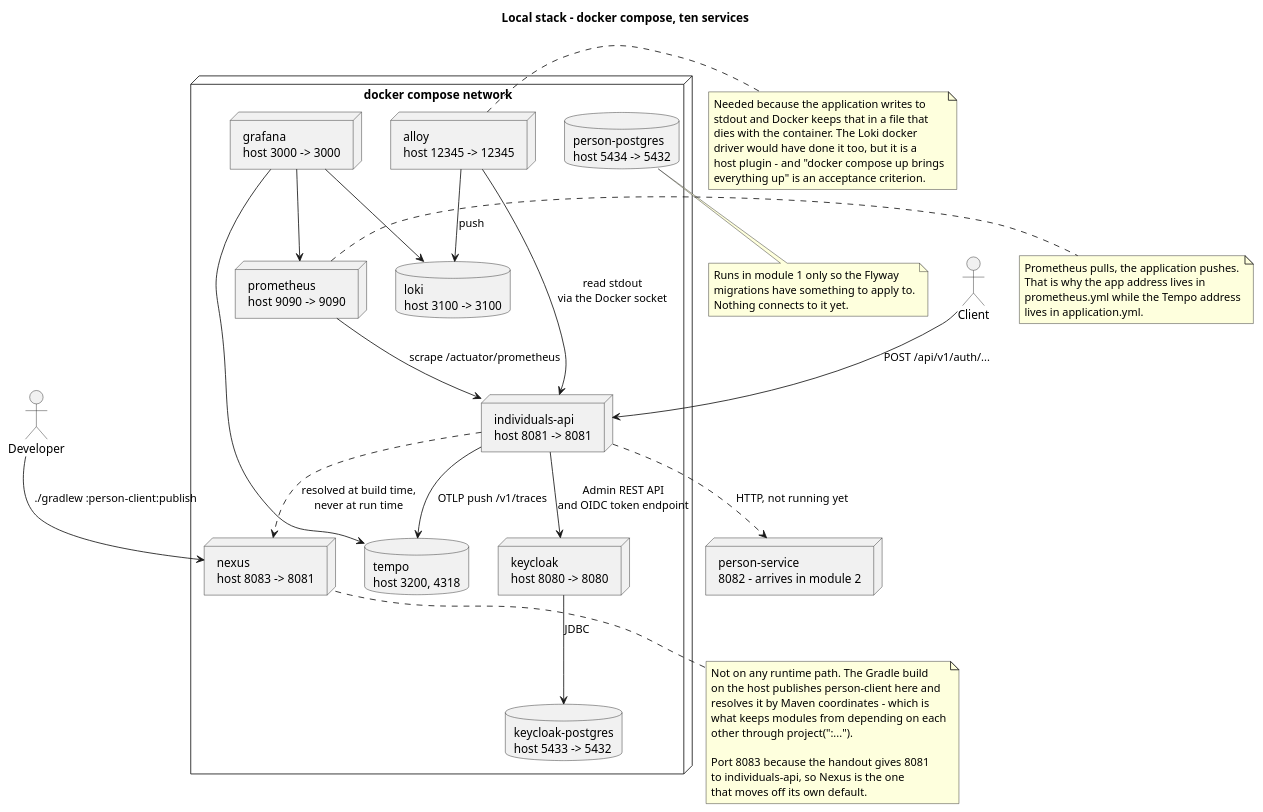
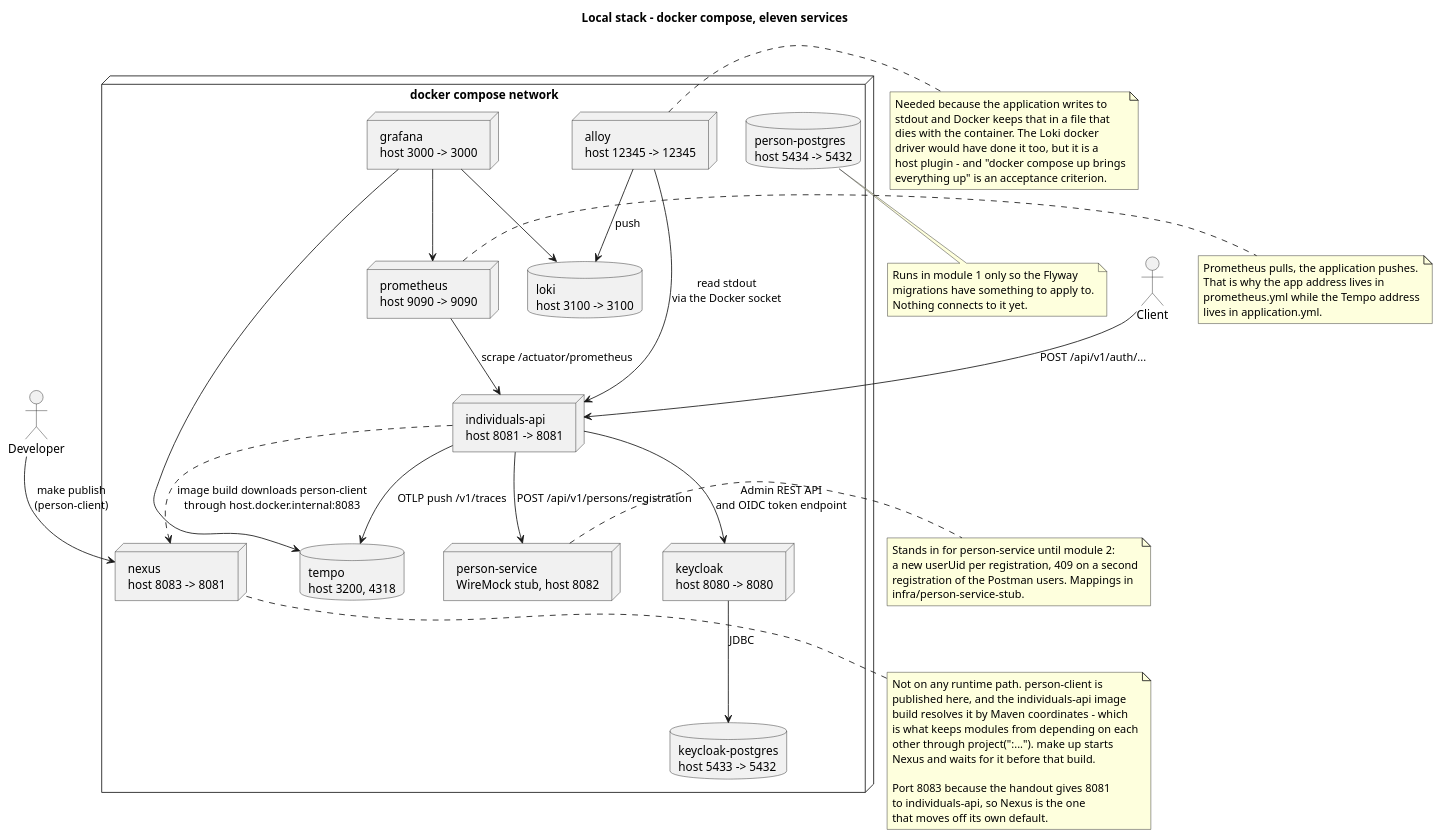
One commit to dezxxx/payment-platform changed the diagram in docs/puml-diagrams/deployment.puml. Above: the diagram before and after it, drawn with PlantUML. The commit also changed 91 other files, not shown here.

First line of the commit message:
refactor: follow the teacher's component diagram and build inside Docker

```diff
--- a/docs/puml-diagrams/deployment.puml
+++ b/docs/puml-diagrams/deployment.puml
@@ -1,75 +1,82 @@
 @startuml deployment
-title Local stack - docker compose, ten services
+title Local stack - docker compose, eleven services
 
 skinparam shadowing false
 
 actor Client
 actor Developer
 
 node "docker compose network" {
   node "individuals-api\nhost 8081 -> 8081" as API
   node "keycloak\nhost 8080 -> 8080" as KC
   database "keycloak-postgres\nhost 5433 -> 5432" as KCDB
   database "person-postgres\nhost 5434 -> 5432" as PSDB
   node "nexus\nhost 8083 -> 8081" as NEXUS
+  node "person-service\nWireMock stub, host 8082" as PS
   node "prometheus\nhost 9090 -> 9090" as PROM
   node "alloy\nhost 12345 -> 12345" as ALLOY
   database "loki\nhost 3100 -> 3100" as LOKI
   database "tempo\nhost 3200, 4318" as TEMPO
   node "grafana\nhost 3000 -> 3000" as GRAF
 }
 
-node "person-service\n8082 - arrives in module 2" as PS
-
 Client --> API : POST /api/v1/auth/...
 API --> KC : Admin REST API\nand OIDC token endpoint
-API ..> PS : HTTP, not running yet
+API --> PS : POST /api/v1/persons/registration
 KC --> KCDB : JDBC
 
 PROM --> API : scrape /actuator/prometheus
 ALLOY --> API : read stdout\nvia the Docker socket
 ALLOY --> LOKI : push
 API --> TEMPO : OTLP push /v1/traces
 
 GRAF --> PROM
 GRAF --> LOKI
 GRAF --> TEMPO
 
-Developer --> NEXUS : ./gradlew :person-client:publish
-API ..> NEXUS : resolved at build time,\nnever at run time
+Developer --> NEXUS : make publish\n(person-client)
+API ..> NEXUS : image build downloads person-client\nthrough host.docker.internal:8083
 
 note right of PROM
   Prometheus pulls, the application pushes.
   That is why the app address lives in
   prometheus.yml while the Tempo address
   lives in application.yml.
 end note
 
 note bottom of NEXUS
-  Not on any runtime path. The Gradle build
-  on the host publishes person-client here and
-  resolves it by Maven coordinates - which is
-  what keeps modules from depending on each
-  other through project(":...").
+  Not on any runtime path. person-client is
+  published here, and the individuals-api image
+  build resolves it by Maven coordinates - which
+  is what keeps modules from depending on each
+  other through project(":..."). make up starts
+  Nexus and waits for it before that build.
 
   Port 8083 because the handout gives 8081
   to individuals-api, so Nexus is the one
   that moves off its own default.
+end note
+
+note right of PS
+  Stands in for person-service until module 2:
+  a new userUid per registration, 409 on a second
+  registration of the Postman users. Mappings in
+  infra/person-service-stub.
 end note
 
 note bottom of PSDB
   Runs in module 1 only so the Flyway
   migrations have something to apply to.
   Nothing connects to it yet.
 end note
 
 note right of ALLOY
   Needed because the application writes to
   stdout and Docker keeps that in a file that
   dies with the container. The Loki docker
   driver would have done it too, but it is a
   host plugin - and "docker compose up brings
   everything up" is an acceptance criterion.
 end note
 
 @enduml
```
